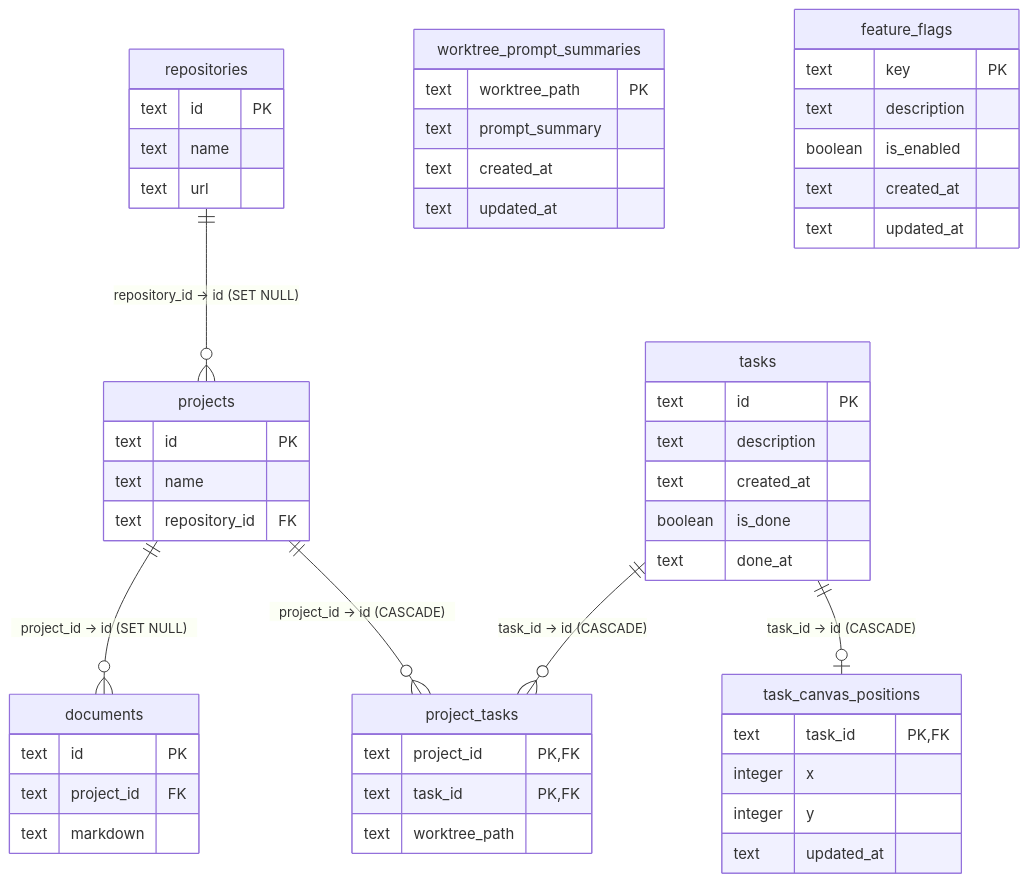
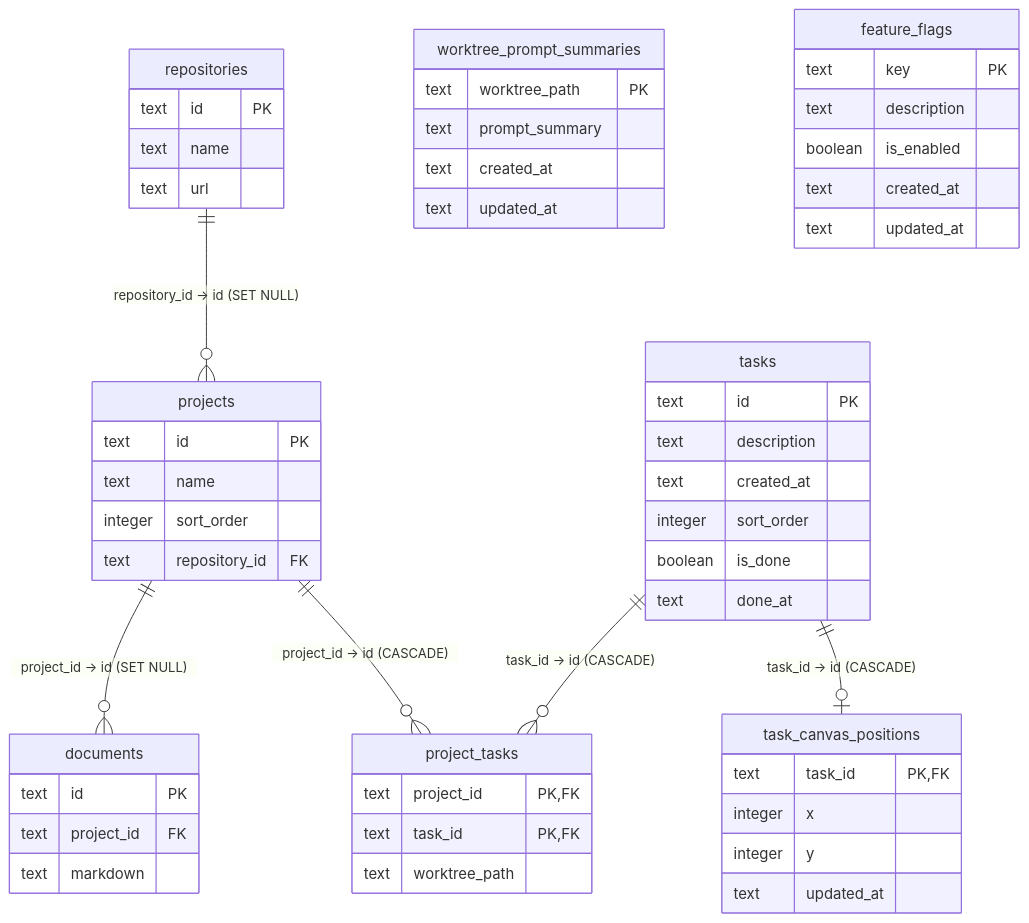
Before and after one commit to TurtleStoffel/tektite-console: the diagram in src/backend/db/local/README.md, drawn with Mermaid. The commit also changed other lines of this file and 15 other files, not shown here.

````diff
--- a/src/backend/db/local/README.md
+++ b/src/backend/db/local/README.md
@@ -7,62 +7,64 @@
 ```mermaid
 erDiagram
     repositories ||--o{ projects : "repository_id -> id (SET NULL)"
     projects ||--o{ documents : "project_id -> id (SET NULL)"
     projects ||--o{ project_tasks : "project_id -> id (CASCADE)"
     tasks ||--o{ project_tasks : "task_id -> id (CASCADE)"
     tasks ||--o| task_canvas_positions : "task_id -> id (CASCADE)"
 
     repositories {
         text id PK
         text name
         text url
     }
 
     projects {
         text id PK
         text name
+        integer sort_order
         text repository_id FK
     }
 
     documents {
         text id PK
         text project_id FK
         text markdown
     }
 
     tasks {
         text id PK
         text description
         text created_at
+        integer sort_order
         boolean is_done
         text done_at
     }
 
     task_canvas_positions {
         text task_id PK, FK
         integer x
         integer y
         text updated_at
     }
 
     project_tasks {
         text project_id PK, FK
         text task_id PK, FK
         text worktree_path
     }
 
     worktree_prompt_summaries {
         text worktree_path PK
         text prompt_summary
         text created_at
         text updated_at
     }
 
     feature_flags {
         text key PK
         text description
         boolean is_enabled
         text created_at
         text updated_at
     }
 ```
````
